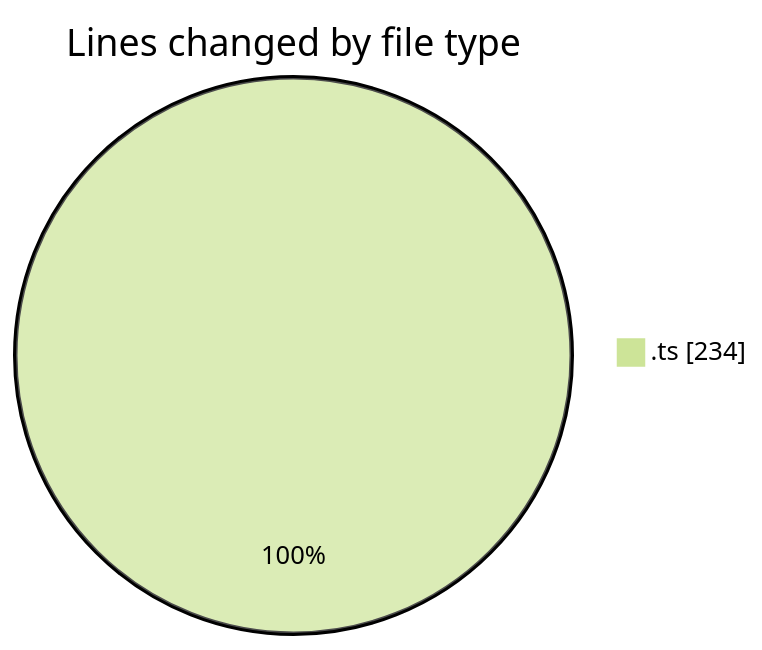
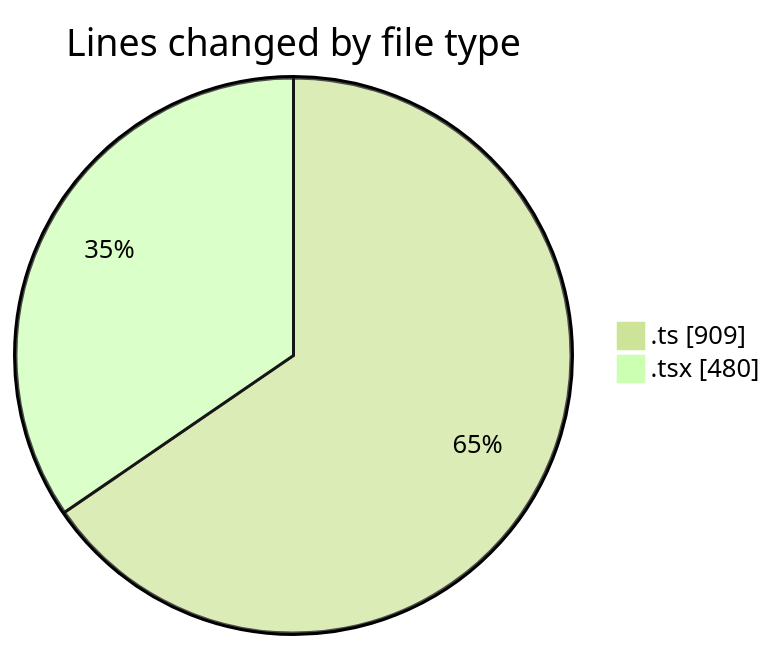
The first of 2 diagrams in 2026-05-07/nxtqube_webapp/README.md (nxtqubesakshisongat/code-tracking), drawn with Mermaid (forest theme) before and after one commit. The commit also changed other lines of this file and 1 other file, not shown here.

````diff
--- a/2026-05-07/nxtqube_webapp/README.md
+++ b/2026-05-07/nxtqube_webapp/README.md
@@ -21,5 +24,6 @@
 ```mermaid
 pie showData
 title Lines changed by file type
-".ts" : 234
+".ts" : 909
+".tsx" : 480
 ```
````
